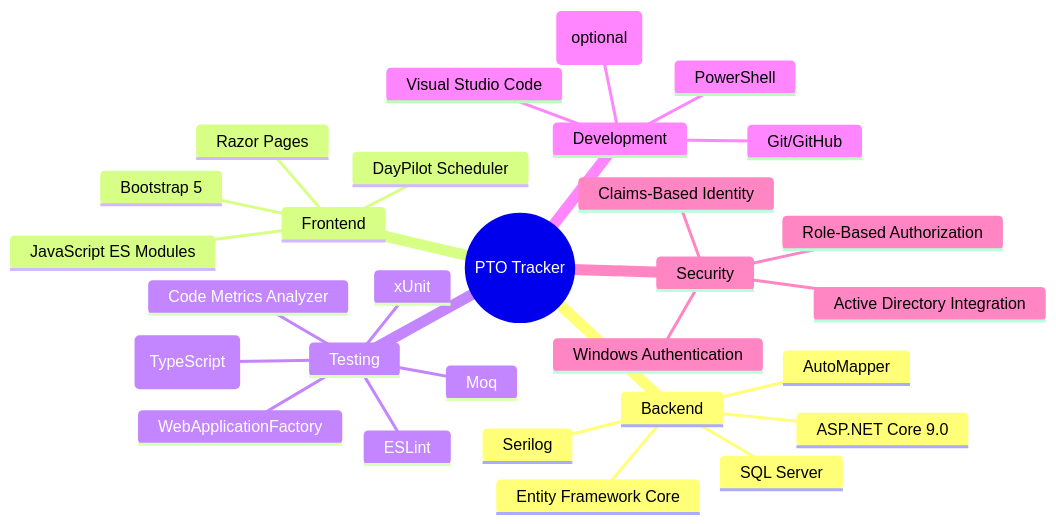
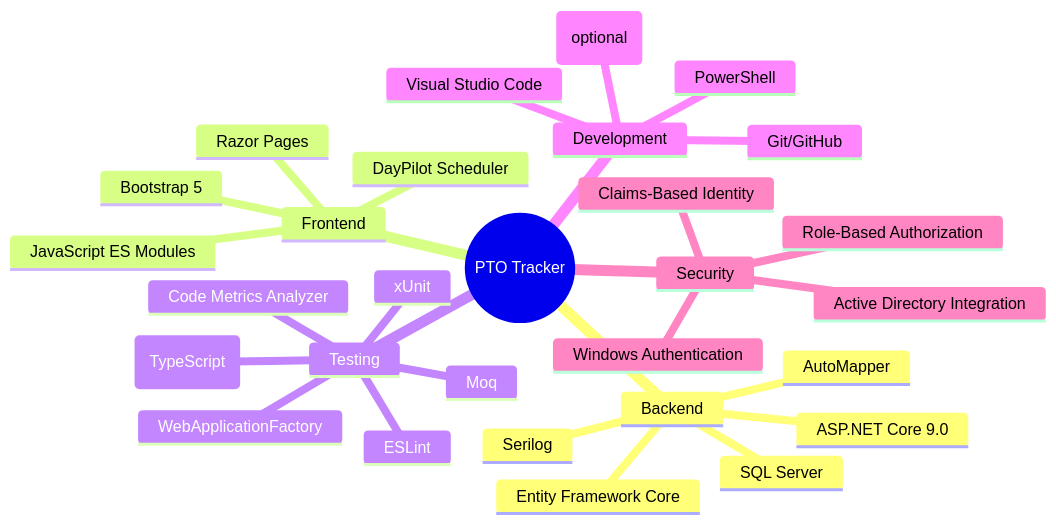
The diagram in docs/arch/TECH_STACK.md (spinriko/calendar), drawn with Mermaid before and after one commit. The commit also changed other lines of this file and 2 other files, not shown here.

Commit message:
docs: update TECH_STACK and refresh README for .NET 9 and workflow

````diff
--- a/docs/arch/TECH_STACK.md
+++ b/docs/arch/TECH_STACK.md
@@ -5,32 +7,32 @@
 ```mermaid
 mindmap
-    root((PTO Tracker))
-        Backend
-            ASP.NET Core 9.0
-            Entity Framework Core
-            SQL Server
-            AutoMapper
-            Serilog
-        Frontend
-            Razor Pages
-            DayPilot Scheduler
-            JavaScript ES Modules
-            Bootstrap 5
-        Testing
-            xUnit
-            Jest (TypeScript)
-            Moq
-            WebApplicationFactory
-            ESLint
-            Code Metrics Analyzer
-        Development
-            Visual Studio Code
-            Git/GitHub
-            PowerShell
-            Docker (optional)
-        Security
-            Windows Authentication
-            Active Directory Integration
-            Role-Based Authorization
-            Claims-Based Identity
+	root((PTO Tracker))
+		Backend
+			ASP.NET Core 9.0
+			Entity Framework Core
+			SQL Server
+			AutoMapper
+			Serilog
+		Frontend
+			Razor Pages
+			DayPilot Scheduler
+			JavaScript ES Modules
+			Bootstrap 5
+		Testing
+			xUnit
+			Jest (TypeScript)
+			Moq
+			WebApplicationFactory
+			ESLint
+			Code Metrics Analyzer
+		Development
+			Visual Studio Code
+			Git/GitHub
+			PowerShell
+			Docker (optional)
+		Security
+			Windows Authentication
+			Active Directory Integration
+			Role-Based Authorization
+			Claims-Based Identity
 ```
````
